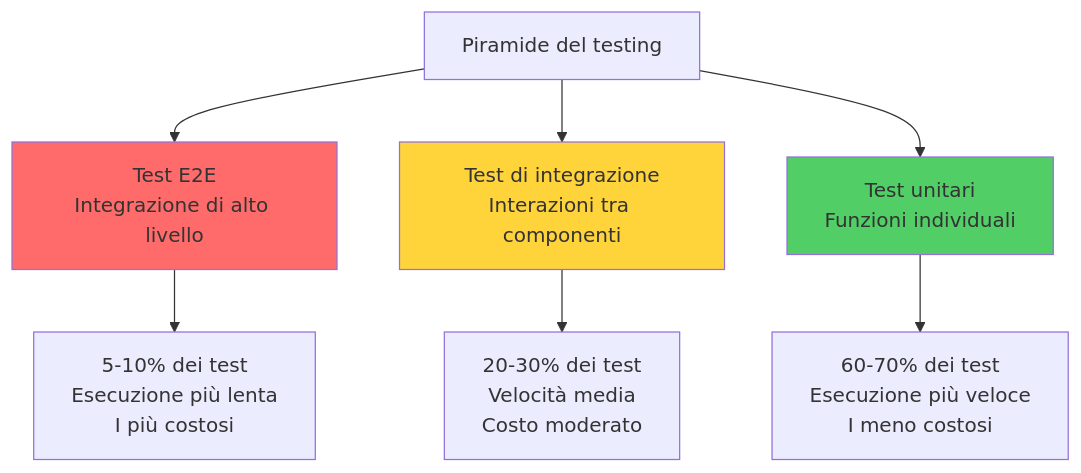
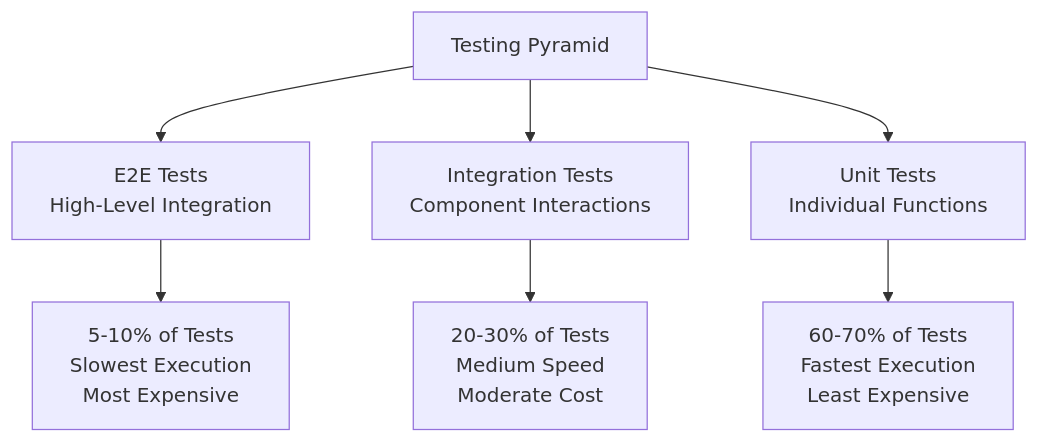
The first of 10 diagrams in arguments/chapters/it/10-testing.md (BabaScience/react-guides), drawn with Mermaid before and after one commit. The commit also changed other lines of this file and 29 other files, not shown here.

First line of the commit message:
Bring React FR/IT translations to full English parity + theme-safe diagrams

````diff
--- a/arguments/chapters/it/10-testing.md
+++ b/arguments/chapters/it/10-testing.md
@@ -22,14 +26,11 @@
 ```mermaid
 graph TD
-    A[Piramide del testing] --> B[Test E2E<br/>Integrazione di alto livello]
-    A --> C[Test di integrazione<br/>Interazioni tra componenti]
-    A --> D[Test unitari<br/>Funzioni individuali]
-
-    B --> B1[5-10% dei test<br/>Esecuzione più lenta<br/>I più costosi]
-    C --> C1[20-30% dei test<br/>Velocità media<br/>Costo moderato]
-    D --> D1[60-70% dei test<br/>Esecuzione più veloce<br/>I meno costosi]
-
-    style B fill:#ff6b6b
-    style C fill:#ffd43b
-    style D fill:#51cf66
+    A[Testing Pyramid] --> B[E2E Tests<br/>High-Level Integration]
+    A --> C[Integration Tests<br/>Component Interactions]
+    A --> D[Unit Tests<br/>Individual Functions]
+    
+    B --> B1[5-10% of Tests<br/>Slowest Execution<br/>Most Expensive]
+    C --> C1[20-30% of Tests<br/>Medium Speed<br/>Moderate Cost]
+    D --> D1[60-70% of Tests<br/>Fastest Execution<br/>Least Expensive]
+    
 ```
````
